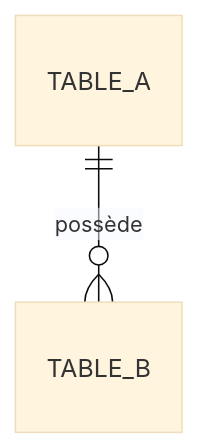
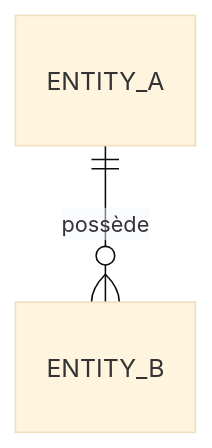
One commit to ngdo-pro/nanko changed the diagram in .agents/plugins/spec-framework/templates/DOMAIN_MODELS_TEMPLATE.md. Above: the diagram before and after it, drawn with Mermaid (base theme). The commit also changed other lines of this file and 8 other files, not shown here.

````diff
--- a/.agents/plugins/spec-framework/templates/DOMAIN_MODELS_TEMPLATE.md
+++ b/.agents/plugins/spec-framework/templates/DOMAIN_MODELS_TEMPLATE.md
@@ -34,4 +34,4 @@
 ```mermaid
 erDiagram
-    TABLE_A ||--o{ TABLE_B : "possède"
+    ENTITY_A ||--o{ ENTITY_B : "possède"
 ```
````
